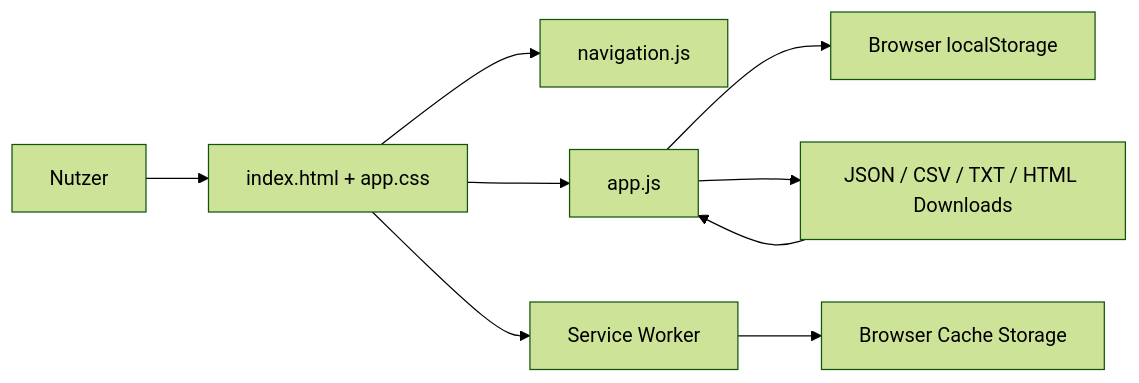
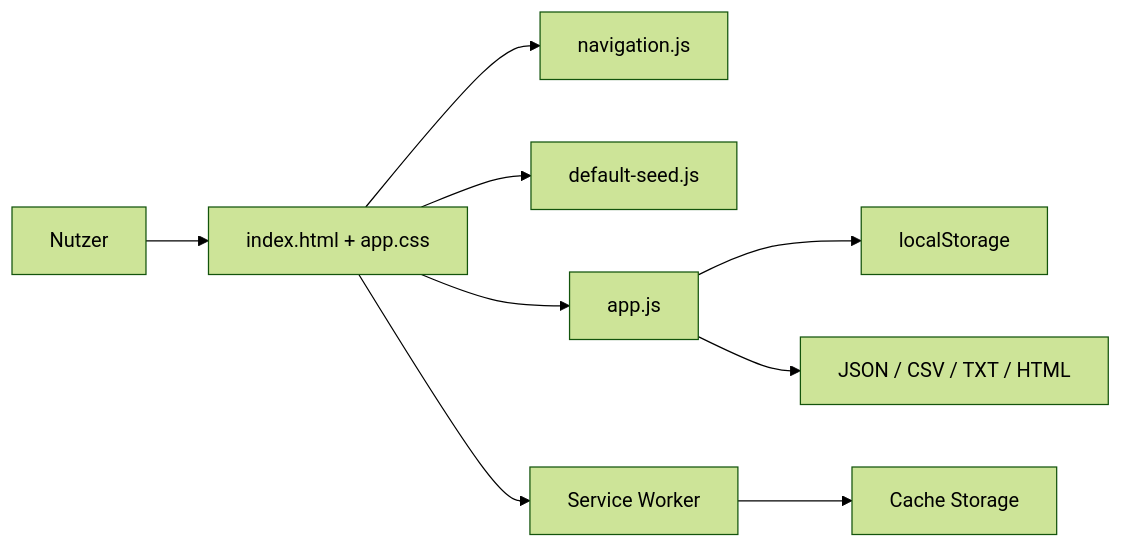
The first of 2 diagrams in ARCHITECTURE.md (cz100000/NK-Pro), drawn with Mermaid (forest theme) before and after one commit. The commit also changed other lines of this file and 50 other files, not shown here.

````diff
--- a/ARCHITECTURE.md
+++ b/ARCHITECTURE.md
@@ -11,11 +11,11 @@
 ```mermaid
 flowchart LR
   U[Nutzer] --> UI[index.html + app.css]
   UI --> NAV[navigation.js]
+  UI --> SEED[default-seed.js]
   UI --> APP[app.js]
-  APP --> LS[Browser localStorage]
-  APP --> FILES[JSON / CSV / TXT / HTML Downloads]
-  FILES --> APP
+  APP --> LS[localStorage]
+  APP --> FILES[JSON / CSV / TXT / HTML]
   UI --> SW[Service Worker]
-  SW --> CACHE[Browser Cache Storage]
+  SW --> CACHE[Cache Storage]
 ```
````
